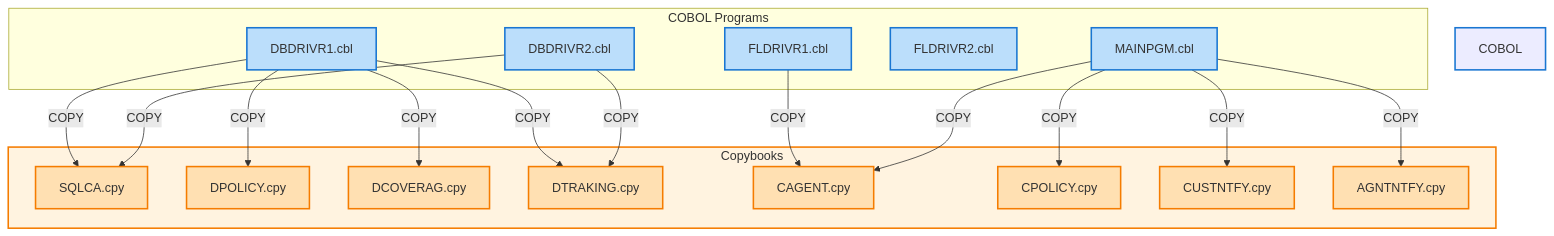
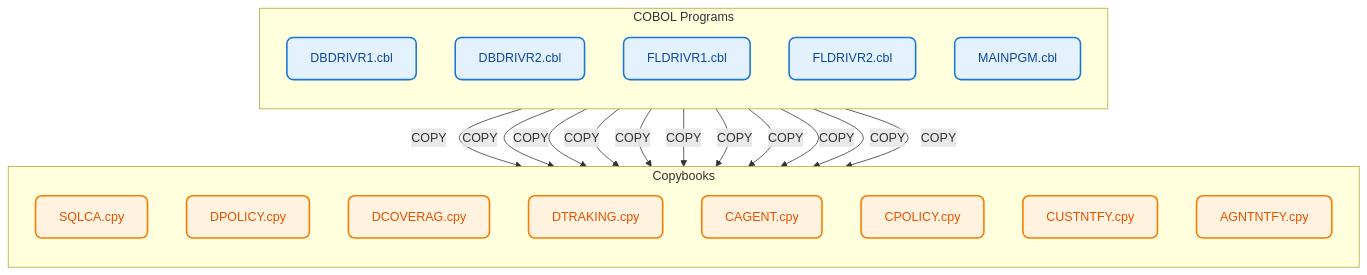
One commit to Azure-Samples/Legacy-Modernization-Agents changed the diagram in csharp-output/dependency-diagram.md. Above: the diagram before and after it, drawn with Mermaid. The commit also changed 33 other files, not shown here.

````diff
--- a/csharp-output/dependency-diagram.md
+++ b/csharp-output/dependency-diagram.md
@@ -3,56 +3,50 @@
 ```mermaid
 graph TB
+  %% Styles
+  classDef program fill:#e3f2fd,stroke:#1976d2,stroke-width:2px,color:#0d47a1,rx:8,ry:8;
+  classDef copybook fill:#fff3e0,stroke:#f57c00,stroke-width:2px,color:#e65100,rx:8,ry:8;
+  classDef header fill:#c8e6c9,stroke:#388e3c,stroke-width:2px,color:#1b5e20,rx:8,ry:8;
+
   %% Subgraph: COBOL Programs
   subgraph COBOL Programs
-    style COBOL Programs fill:#e3f2fd,stroke:#1976d2,stroke-width:2px
+    direction TB
     DBDRIVR1["DBDRIVR1.cbl"]
     DBDRIVR2["DBDRIVR2.cbl"]
     FLDRIVR1["FLDRIVR1.cbl"]
     FLDRIVR2["FLDRIVR2.cbl"]
     MAINPGM["MAINPGM.cbl"]
-    %% Program node styles
-    style DBDRIVR1 fill:#bbdefb,stroke:#1976d2,stroke-width:2px
-    style DBDRIVR2 fill:#bbdefb,stroke:#1976d2,stroke-width:2px
-    style FLDRIVR1 fill:#bbdefb,stroke:#1976d2,stroke-width:2px
-    style FLDRIVR2 fill:#bbdefb,stroke:#1976d2,stroke-width:2px
-    style MAINPGM fill:#bbdefb,stroke:#1976d2,stroke-width:2px
   end
 
   %% Subgraph: Copybooks
   subgraph Copybooks
-    style Copybooks fill:#fff3e0,stroke:#f57c00,stroke-width:2px
+    direction TB
     SQLCA["SQLCA.cpy"]
     DPOLICY["DPOLICY.cpy"]
     DCOVERAG["DCOVERAG.cpy"]
     DTRAKING["DTRAKING.cpy"]
     CAGENT["CAGENT.cpy"]
     CPOLICY["CPOLICY.cpy"]
     CUSTNTFY["CUSTNTFY.cpy"]
     AGNTNTFY["AGNTNTFY.cpy"]
-    %% Copybook node styles
-    style SQLCA fill:#ffe0b2,stroke:#f57c00,stroke-width:2px
-    style DPOLICY fill:#ffe0b2,stroke:#f57c00,stroke-width:2px
-    style DCOVERAG fill:#ffe0b2,stroke:#f57c00,stroke-width:2px
-    style DTRAKING fill:#ffe0b2,stroke:#f57c00,stroke-width:2px
-    style CAGENT fill:#ffe0b2,stroke:#f57c00,stroke-width:2px
-    style CPOLICY fill:#ffe0b2,stroke:#f57c00,stroke-width:2px
-    style CUSTNTFY fill:#ffe0b2,stroke:#f57c00,stroke-width:2px
-    style AGNTNTFY fill:#ffe0b2,stroke:#f57c00,stroke-width:2px
   end
 
   %% Dependencies
   DBDRIVR1 -->|COPY| SQLCA
   DBDRIVR1 -->|COPY| DPOLICY
   DBDRIVR1 -->|COPY| DCOVERAG
   DBDRIVR1 -->|COPY| DTRAKING
 
   DBDRIVR2 -->|COPY| SQLCA
   DBDRIVR2 -->|COPY| DTRAKING
 
   FLDRIVR1 -->|COPY| CAGENT
 
   MAINPGM -->|COPY| CPOLICY
   MAINPGM -->|COPY| CAGENT
   MAINPGM -->|COPY| CUSTNTFY
   MAINPGM -->|COPY| AGNTNTFY
+
+  %% Styling
+  class DBDRIVR1,DBDRIVR2,FLDRIVR1,FLDRIVR2,MAINPGM program;
+  class SQLCA,DPOLICY,DCOVERAG,DTRAKING,CAGENT,CPOLICY,CUSTNTFY,AGNTNTFY copybook;
 ```
````
